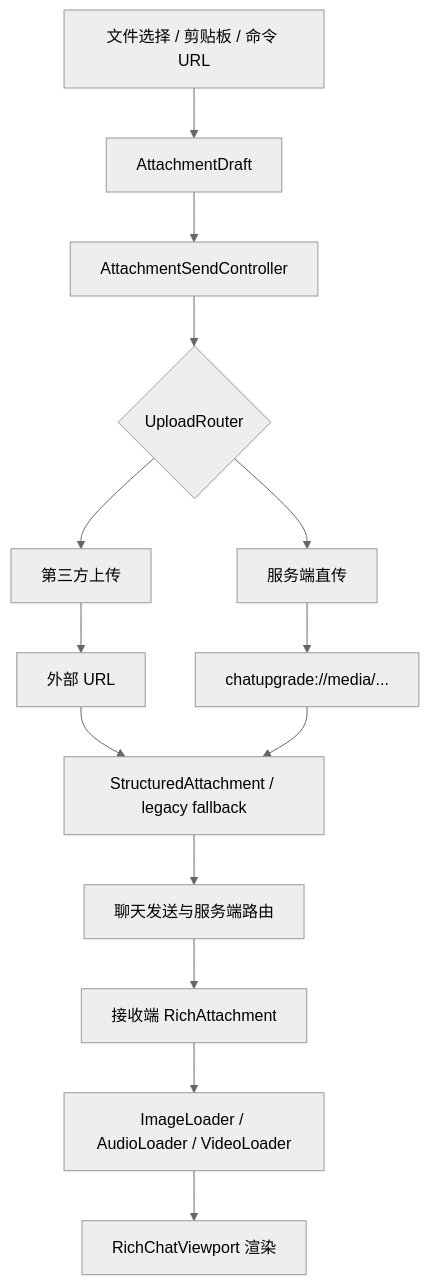
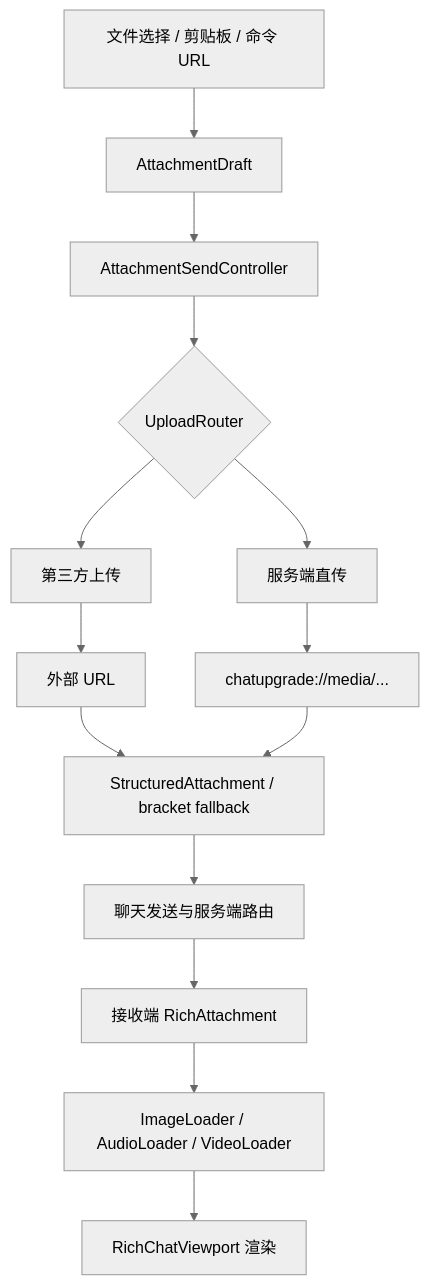
One commit to LoosePrince/chat-upgrade changed the diagram in docs/media-and-upload.md. Above: the diagram before and after it, drawn with Mermaid (neutral theme). The commit also changed other lines of this file and 23 other files, not shown here.

````diff
--- a/docs/media-and-upload.md
+++ b/docs/media-and-upload.md
@@ -7,16 +7,16 @@
 ```mermaid
 flowchart TD
     A[文件选择 / 剪贴板 / 命令 URL] --> B[AttachmentDraft]
     B --> C[AttachmentSendController]
     C --> D{UploadRouter}
     D --> E[第三方上传]
     D --> F[服务端直传]
     E --> G[外部 URL]
     F --> H[chatupgrade://media/...]
-    G --> I[StructuredAttachment / legacy fallback]
+    G --> I[StructuredAttachment / bracket fallback]
     H --> I
     I --> J[聊天发送与服务端路由]
     J --> K[接收端 RichAttachment]
     K --> L[ImageLoader / AudioLoader / VideoLoader]
     L --> M[RichChatViewport 渲染]
 ```
````
